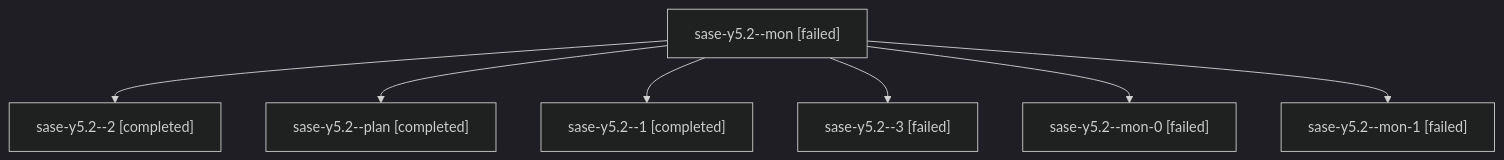
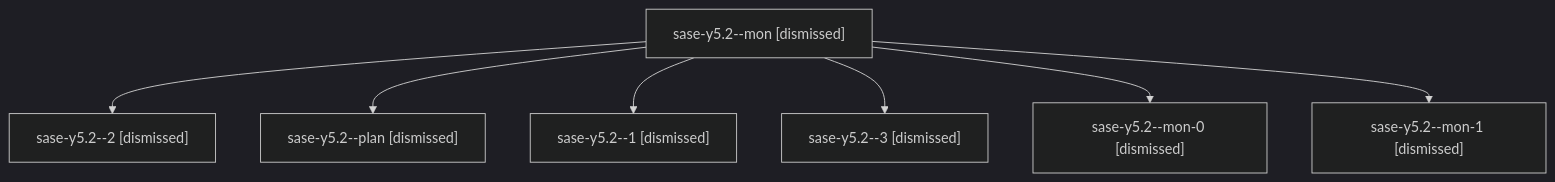
One commit to sase-org/sase--agents changed the diagram in families/bbugyi200.athena.sase-y5.2.md. Above: the diagram before and after it, drawn with Mermaid (dark theme). The commit also changed other lines of this file and 87 other files, not shown here.

````diff
--- a/families/bbugyi200.athena.sase-y5.2.md
+++ b/families/bbugyi200.athena.sase-y5.2.md
@@ -9,16 +9,16 @@
 ```mermaid
 flowchart TD
-  n0["sase-y5.2--mon [failed]"]
-  n1["sase-y5.2--2 [completed]"]
+  n0["sase-y5.2--mon [dismissed]"]
+  n1["sase-y5.2--2 [dismissed]"]
   n0 --> n1
-  n2["sase-y5.2--plan [completed]"]
+  n2["sase-y5.2--plan [dismissed]"]
   n0 --> n2
-  n3["sase-y5.2--1 [completed]"]
+  n3["sase-y5.2--1 [dismissed]"]
   n0 --> n3
-  n4["sase-y5.2--3 [failed]"]
+  n4["sase-y5.2--3 [dismissed]"]
   n0 --> n4
-  n5["sase-y5.2--mon-0 [failed]"]
+  n5["sase-y5.2--mon-0 [dismissed]"]
   n0 --> n5
-  n6["sase-y5.2--mon-1 [failed]"]
+  n6["sase-y5.2--mon-1 [dismissed]"]
   n0 --> n6
 ```
````
